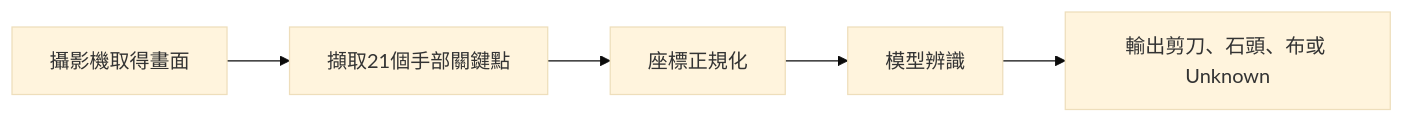
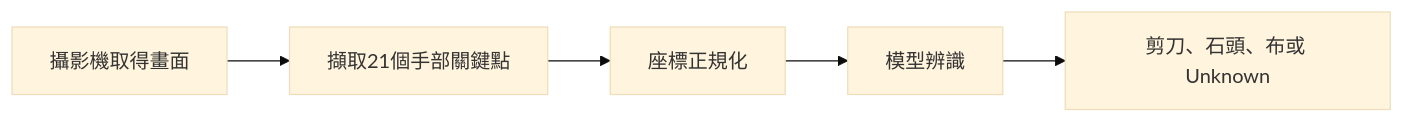
One commit to dfn0519/raspberry-pi-hand-gesture-recognition changed the diagram in README.md. Above: the diagram before and after it, drawn with Mermaid (base theme).

````diff
--- a/README.md
+++ b/README.md
@@ -43,7 +43,7 @@
 ```mermaid
 flowchart LR
     A[攝影機取得畫面] --> B[擷取21個手部關鍵點]
     B --> C[座標正規化]
     C --> D[模型辨識]
-    D --> E[輸出剪刀、石頭、布或 Unknown]
+    D --> E[剪刀、石頭、布或 Unknown]
 ```
````
